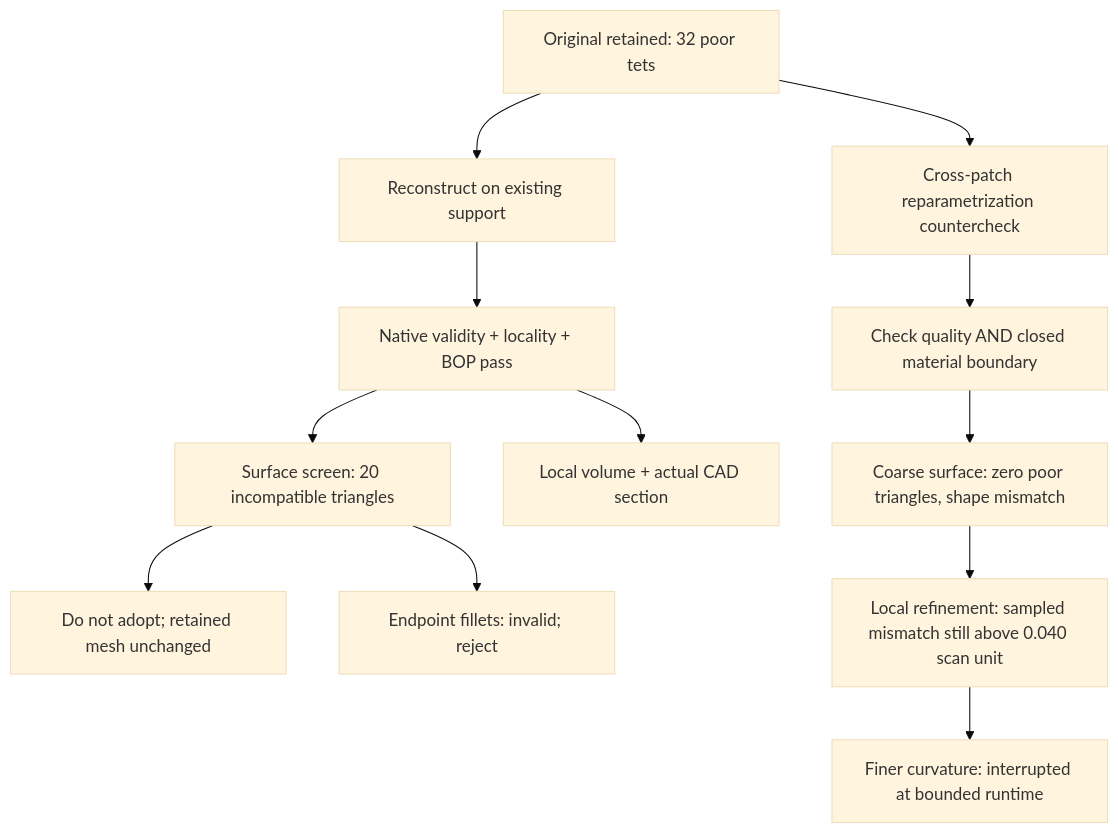
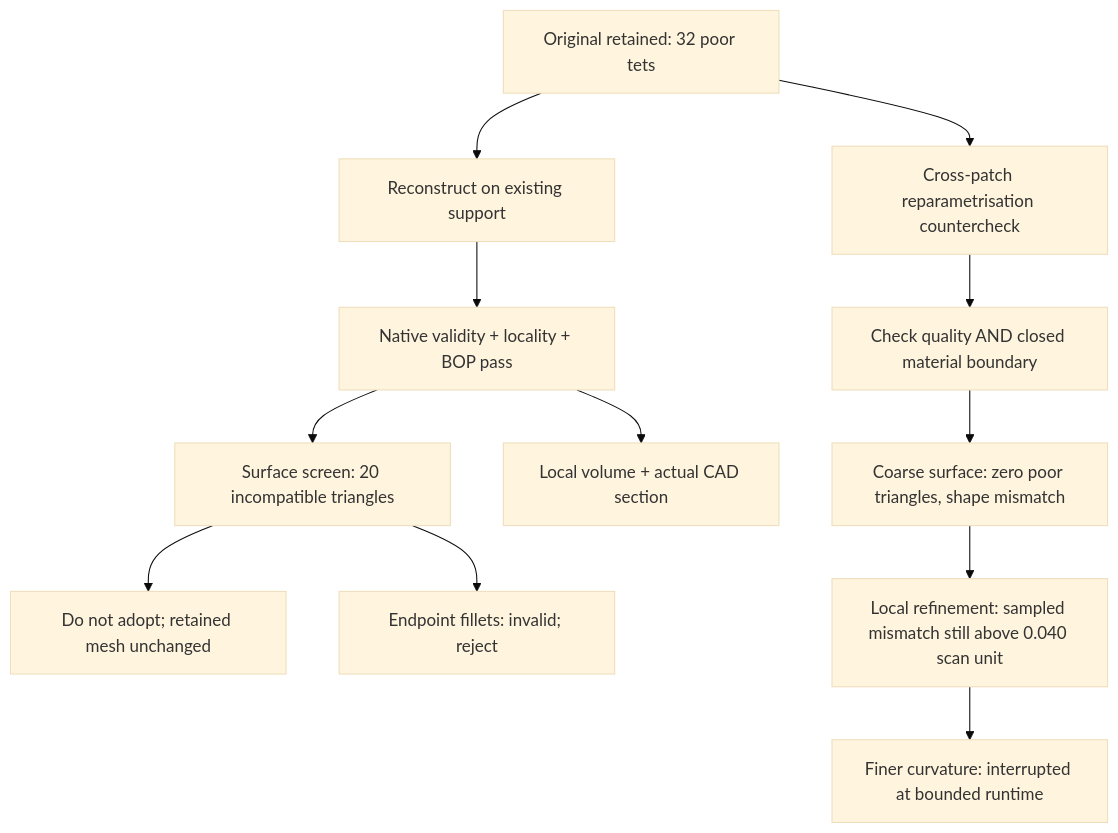
The diagram in docs/reports/M64_LOCAL_RECONSTRUCTION_20260928.md (cluster2600/porscheparts), drawn with Mermaid (base theme) before and after one commit. The commit also changed other lines of this file and 480 other files, not shown here.

````diff
--- a/docs/reports/M64_LOCAL_RECONSTRUCTION_20260928.md
+++ b/docs/reports/M64_LOCAL_RECONSTRUCTION_20260928.md
@@ -229,14 +229,14 @@
 ```mermaid
 flowchart TD
     A["Original retained: 32 poor tets"] --> B["Reconstruct on existing support"]
     B --> C["Native validity + locality + BOP pass"]
     C --> D["Surface screen: 20 incompatible triangles"]
     D --> E["Do not adopt; retained mesh unchanged"]
     C --> F["Local volume + actual CAD section"]
     D --> G["Endpoint fillets: invalid; reject"]
-    A --> H["Cross-patch reparametrization countercheck"]
+    A --> H["Cross-patch reparametrisation countercheck"]
     H --> I["Check quality AND closed material boundary"]
     I --> J["Coarse surface: zero poor triangles, shape mismatch"]
     J --> K["Local refinement: sampled mismatch still above 0.040 scan unit"]
     K --> L["Finer curvature: interrupted at bounded runtime"]
 ```
````
